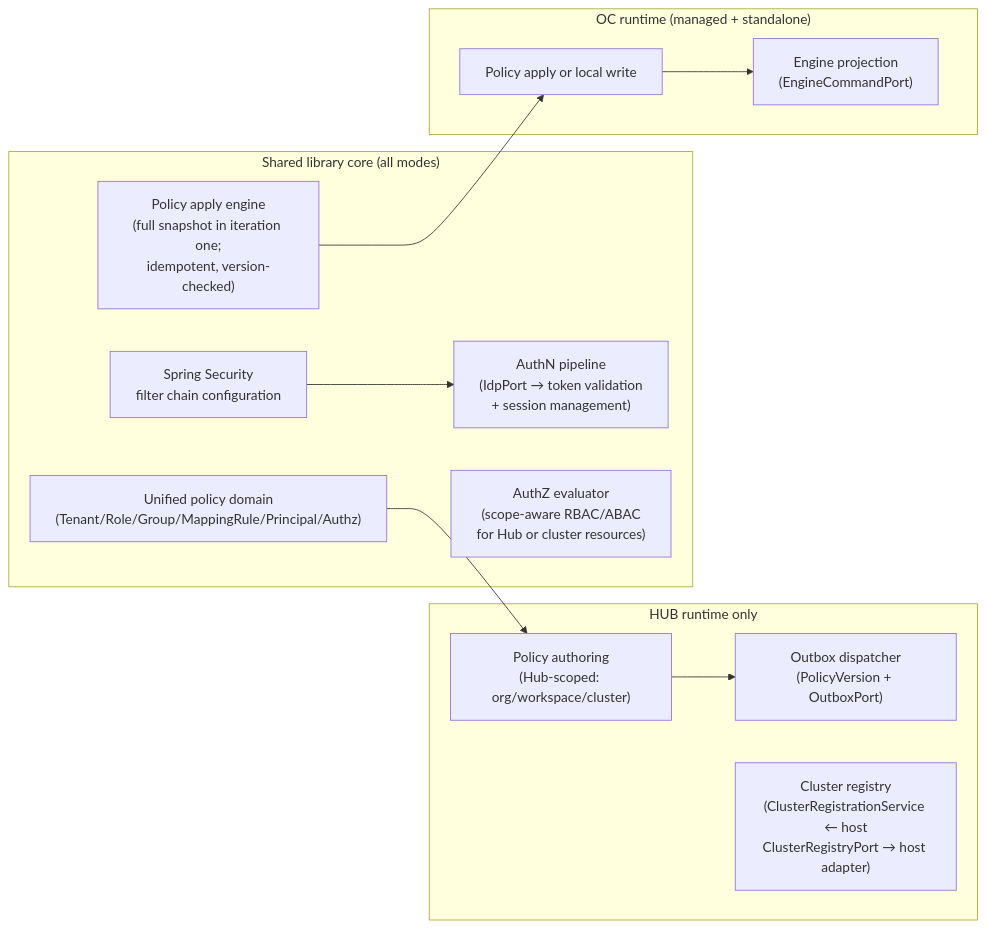
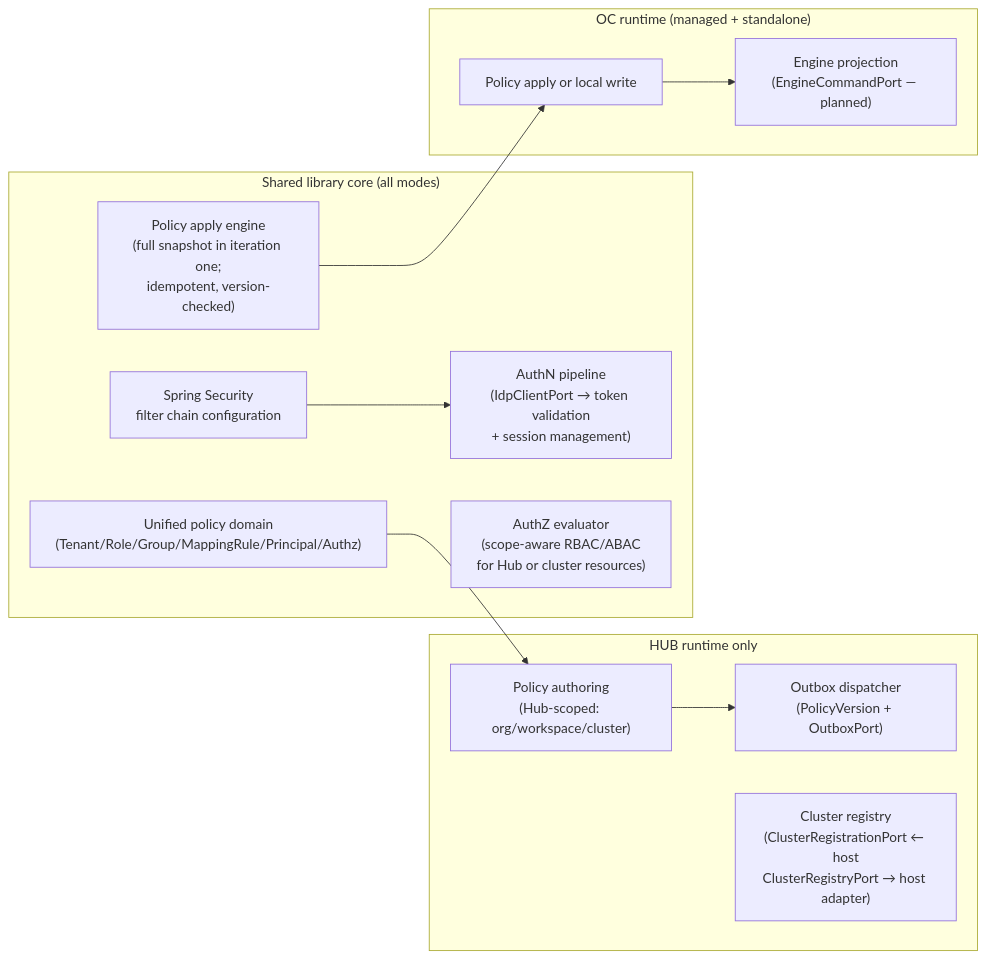
Before and after one commit to camunda/camunda-security-library: the tenth of 20 diagrams in docs/architecture_docs.md, drawn with Mermaid. The commit also changed other lines of this file, not shown here.

First line of the commit message:
docs: update arc42 architecture docs to reflect built CSL (closes #426)

````diff
--- a/docs/architecture_docs.md
+++ b/docs/architecture_docs.md
@@ -1048,28 +1060,28 @@
 ```mermaid
 flowchart LR
   subgraph SharedCore["Shared library core (all modes)"]
     SpringSec["Spring Security<br>filter chain configuration"]
-    AuthN["AuthN pipeline<br>(IdpPort → token validation<br>+ session management)"]
+    AuthN["AuthN pipeline<br>(IdpClientPort → token validation<br>+ session management)"]
     AuthZ["AuthZ evaluator<br>(scope-aware RBAC/ABAC<br>for Hub or cluster resources)"]
     Domain["Unified policy domain<br>(Tenant/Role/Group/MappingRule/Principal/Authz)"]
     Apply["Policy apply engine<br>(full snapshot in iteration one;<br>idempotent, version-checked)"]
 
     SpringSec --> AuthN
   end
 
   subgraph HubRuntime["HUB runtime only"]
     HubAuthoring["Policy authoring<br>(Hub-scoped: org/workspace/cluster)"]
     HubOutbox["Outbox dispatcher<br>(PolicyVersion + OutboxPort)"]
-    HubCluster["Cluster registry<br>(ClusterRegistrationService ← host<br>ClusterRegistryPort → host adapter)"]
+    HubCluster["Cluster registry<br>(ClusterRegistrationPort ← host<br>ClusterRegistryPort → host adapter)"]
     HubAuthoring --> HubOutbox
   end
 
   subgraph OcRuntime["OC runtime (managed + standalone)"]
     OcWrite["Policy apply or local write"]
-    OcProject["Engine projection<br>(EngineCommandPort)"]
+    OcProject["Engine projection<br>(EngineCommandPort — planned)"]
     OcWrite --> OcProject
   end
 
   Domain --> HubAuthoring
   Apply --> OcWrite
 ```
````
